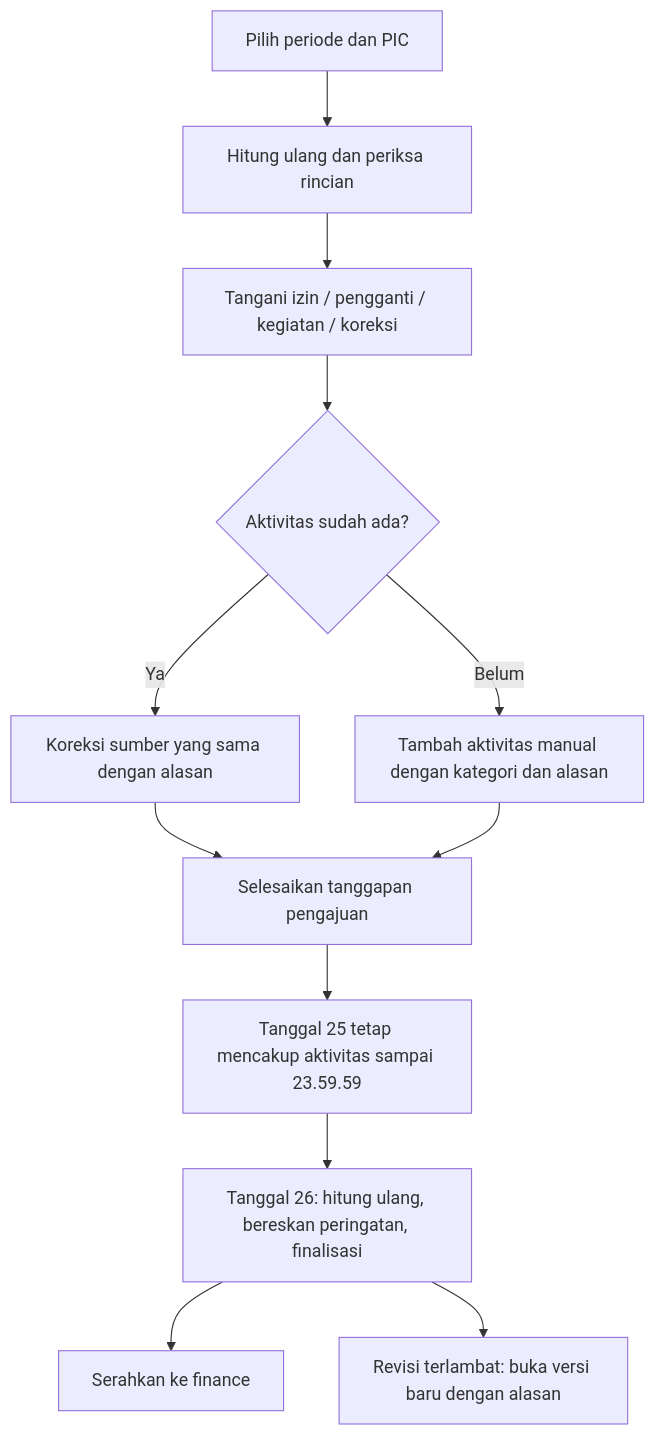
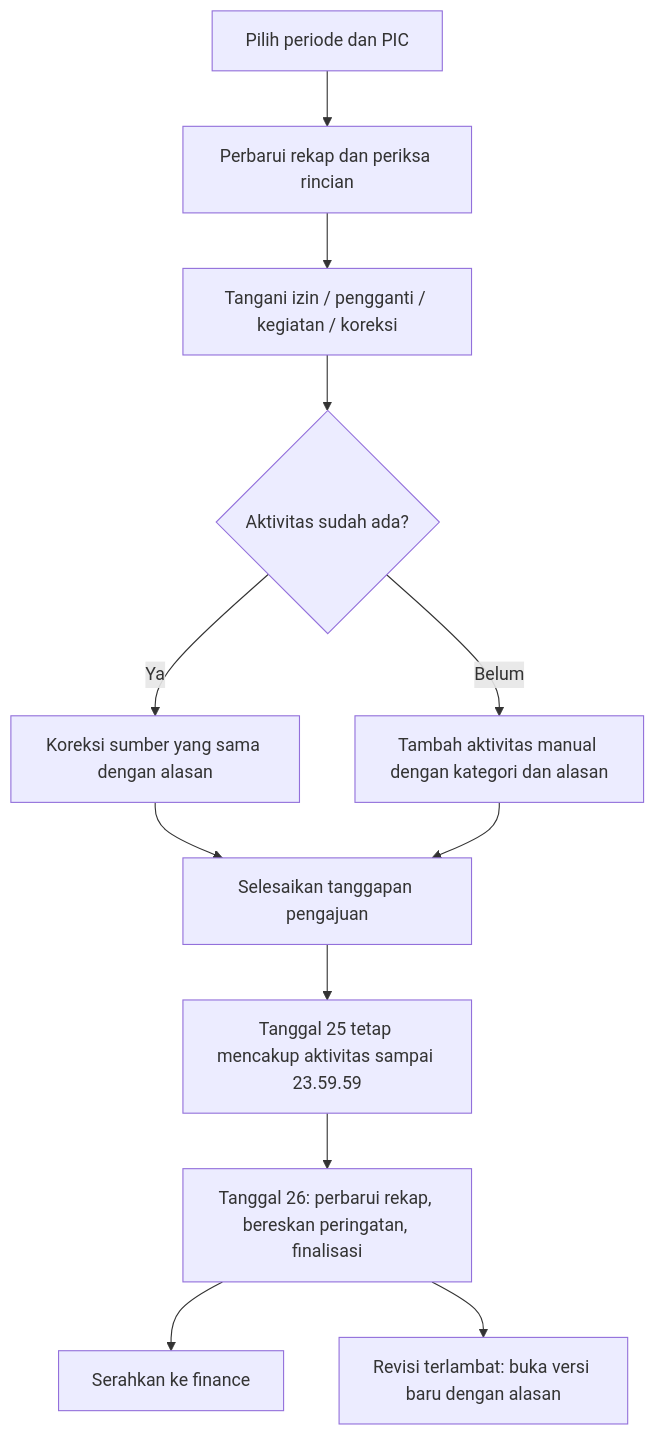
The second of 3 diagrams in docs/payroll-user-guide.md (arisfadillahh/lms-apps), drawn with Mermaid before and after one commit. The commit also changed other lines of this file and 28 other files, not shown here.

````diff
--- a/docs/payroll-user-guide.md
+++ b/docs/payroll-user-guide.md
@@ -176,14 +174,14 @@
 ```mermaid
 flowchart TD
-  A[Pilih periode dan PIC] --> B[Hitung ulang dan periksa rincian]
+  A[Pilih periode dan PIC] --> B[Perbarui rekap dan periksa rincian]
   B --> C[Tangani izin / pengganti / kegiatan / koreksi]
   C --> D{Aktivitas sudah ada?}
   D -->|Ya| E[Koreksi sumber yang sama dengan alasan]
   D -->|Belum| F[Tambah aktivitas manual dengan kategori dan alasan]
   E --> G[Selesaikan tanggapan pengajuan]
   F --> G
   G --> H[Tanggal 25 tetap mencakup aktivitas sampai 23.59.59]
-  H --> I[Tanggal 26: hitung ulang, bereskan peringatan, finalisasi]
+  H --> I[Tanggal 26: perbarui rekap, bereskan peringatan, finalisasi]
   I --> J[Serahkan ke finance]
   I --> K[Revisi terlambat: buka versi baru dengan alasan]
 ```
````
